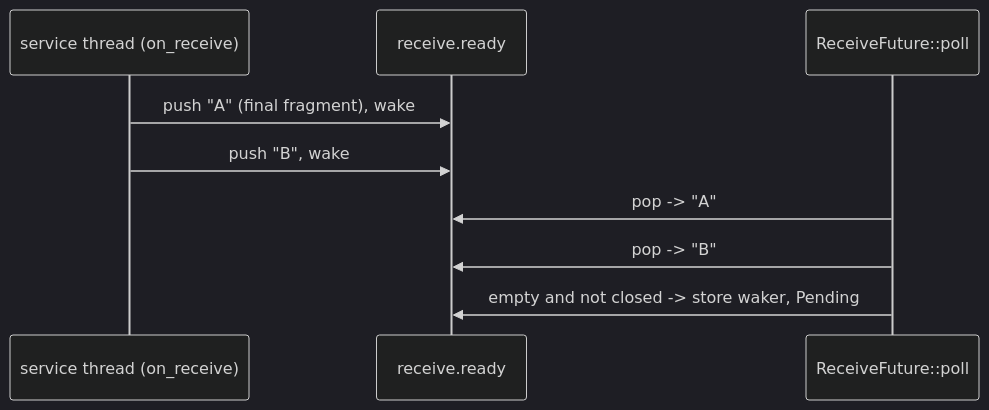
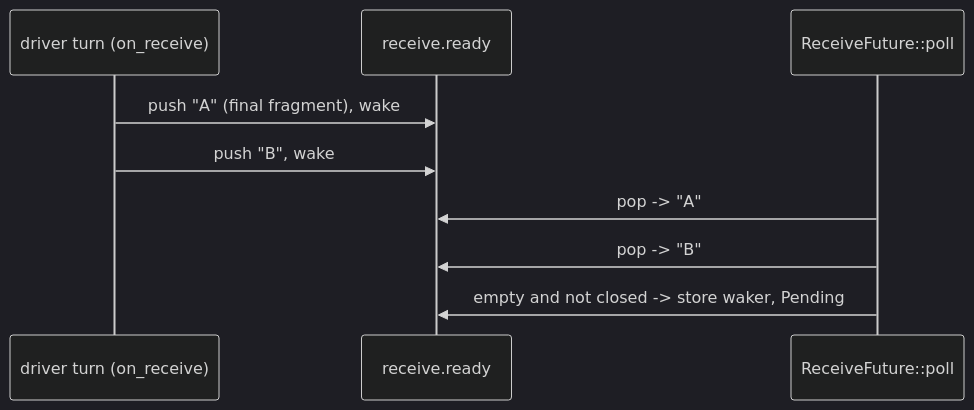
Before and after one commit to bts164/coro: the fourth of 4 diagrams in doc/design/websocket_stream.md, drawn with Mermaid (dark theme). The commit also changed other lines of this file and 24 other files, not shown here.

Commit message:
Redesign of websockets so that lws is now serviced by the worker threads through the IoDriver instead of requiring a separate dedicated thread

````diff
--- a/doc/design/websocket_stream.md
+++ b/doc/design/websocket_stream.md
@@ -310,11 +499,11 @@
 ```mermaid
 sequenceDiagram
-    participant IO as service thread (on_receive)
+    participant IO as driver turn (on_receive)
     participant Q as receive.ready
     participant App as ReceiveFuture::poll
     IO->>Q: push "A" (final fragment), wake
     IO->>Q: push "B", wake
     App->>Q: pop -> "A"
     App->>Q: pop -> "B"
     App->>Q: empty and not closed -> store waker, Pending
 ```
````
